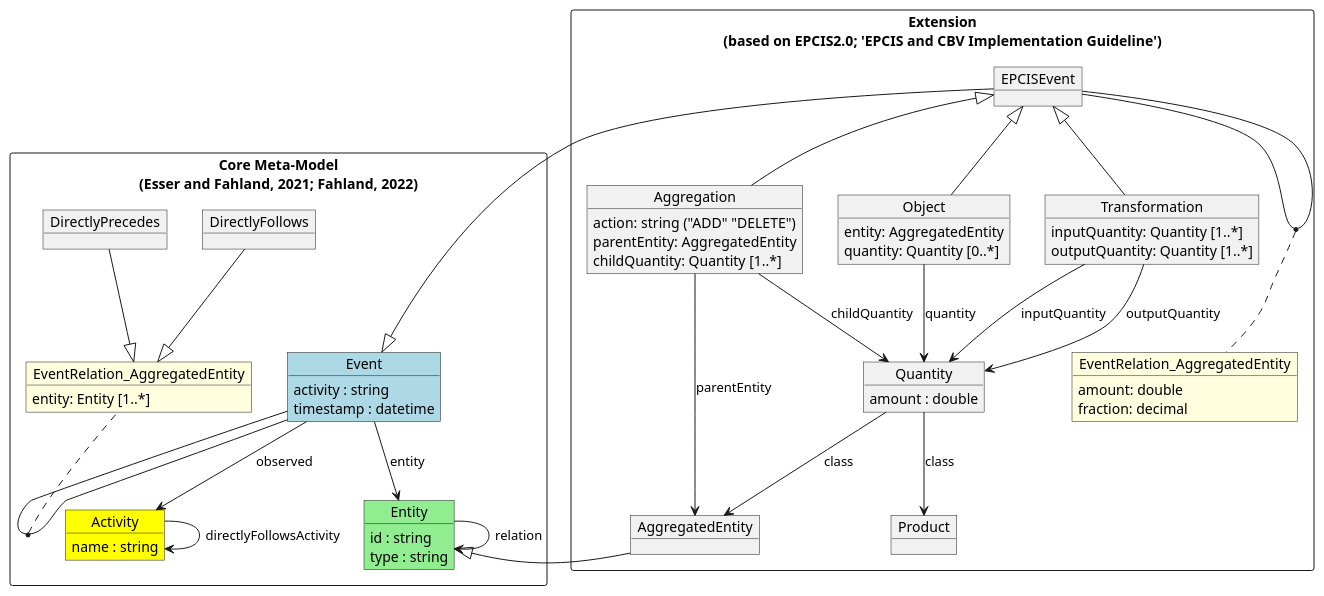
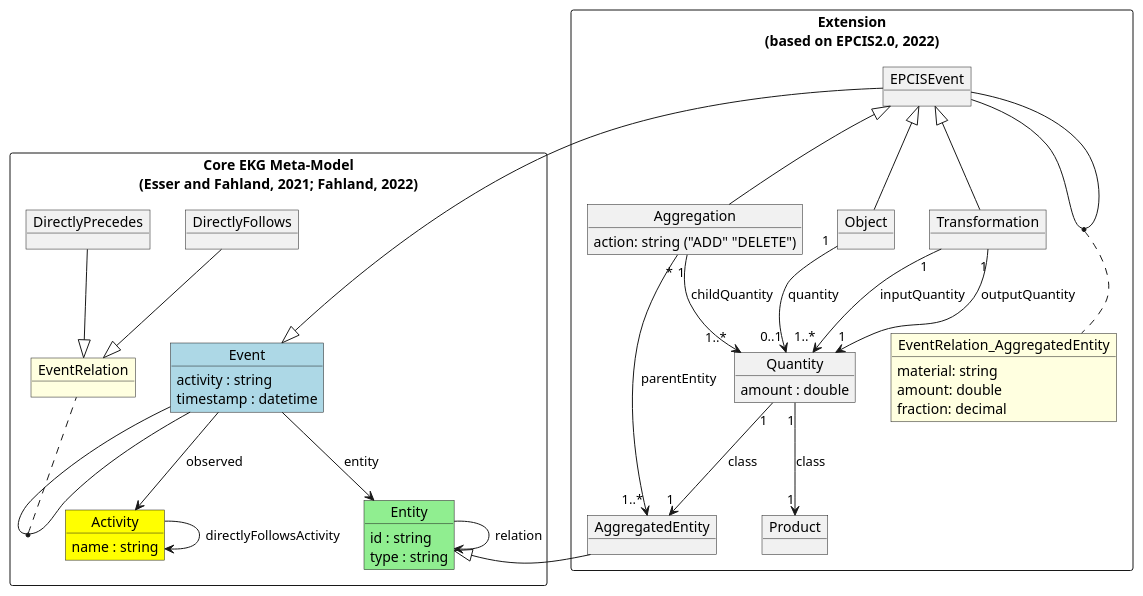
The diagram in documentation/model-EKG_extension.plantuml (gitmpje/aggregated_traces), drawn with PlantUML before and after one commit.

Commit message:
Update model with cardinalities

```diff
--- a/documentation/model-EKG_extension.plantuml
+++ b/documentation/model-EKG_extension.plantuml
@@ -1,85 +1,86 @@
 @startuml
 set namespaceSeparator none
 
-package "Core Meta-Model\n(Esser and Fahland, 2021; Fahland, 2022)" <<Rectangle>> {
+package "Core EKG Meta-Model\n(Esser and Fahland, 2021; Fahland, 2022)" <<Rectangle>> {
     object Event #LightBlue {
         activity : string
         timestamp : datetime
     }
     object Entity #LightGreen {
         id : string
         type : string
     }
     object Activity #Yellow {
         name : string
     }
     ' object Log #SkyBlue {
     '     id : string
     ' }
 
     Event --> Entity : entity
     Event --> Activity : observed
     Entity --> Entity : relation
     ' Log --> Event : event
 
     Activity --> Activity : directlyFollowsActivity
 
-    object "EventRelation_AggregatedEntity" as DF_DP #LightYellow {
-        entity: Entity [1..*]
+    object "EventRelation" as DF_DP #LightYellow {
+        ' entity: Entity [1..*]
     }
     (Event, Event) . DF_DP
 
     object "DirectlyFollows" as DF
     object "DirectlyPrecedes" as DP
     DF -d-|> DF_DP
     DP -d-|> DF_DP
 
     DF_DP -[hidden]r- Event
 }
 
-package "Extension\n(based on EPCIS2.0; 'EPCIS and CBV Implementation Guideline')" <<Rectangle>> {
+package "Extension\n(based on EPCIS2.0, 2022)" <<Rectangle>> {
     object EPCISEvent
     EPCISEvent --|> Event
     object Aggregation {
         action: string ("ADD" "DELETE")
-        parentEntity: AggregatedEntity
-        childQuantity: Quantity [1..*]
+        ' parentEntity: AggregatedEntity
+        ' childQuantity: Quantity [1..*]
     }
     object Object {
-        entity: AggregatedEntity
-        quantity: Quantity [0..*]
+        ' entity: AggregatedEntity
+        ' quantity: Quantity [0..*]
     }
     object Transformation {
-        inputQuantity: Quantity [1..*]
-        outputQuantity: Quantity [1..*]
+        ' inputQuantity: Quantity [1..*]
+        ' outputQuantity: Quantity [1..*]
     }
     Object -u-|> EPCISEvent
     Aggregation -u-|> EPCISEvent
     Transformation -u-|> EPCISEvent
 
     object Product
 
     object AggregatedEntity
     AggregatedEntity -l-|> Entity
 
     object Quantity {
         amount : double
     }
-    Object --> Quantity : quantity
-    Aggregation --> Quantity : childQuantity
-    Aggregation --> AggregatedEntity : parentEntity
-    Transformation --> Quantity : inputQuantity
-    Transformation --> Quantity : outputQuantity
-    Quantity --> AggregatedEntity : class
-    Quantity --> Product : class
+    Object "1" --> "0..1" Quantity : quantity
+    Aggregation "1" --> "1..*" Quantity : childQuantity
+    Aggregation "*" --> "1..*" AggregatedEntity : parentEntity
+    Transformation "1" --> "1..*" Quantity : inputQuantity
+    Transformation "1" --> "1" Quantity : outputQuantity
+    Quantity "1" --> "1" AggregatedEntity : class
+    Quantity "1" --> "1" Product : class
 
     object "EventRelation_AggregatedEntity" as DF_DP_AggregatedEntity #LightYellow {
+        material: string
         amount: double
         fraction: decimal
     }
     (EPCISEvent, EPCISEvent) . DF_DP_AggregatedEntity
 
     ' Quantity -[hidden]- AggregatedEntity
     ' AggregatedEntity -[hidden]- Product
 }
 @enduml
```
